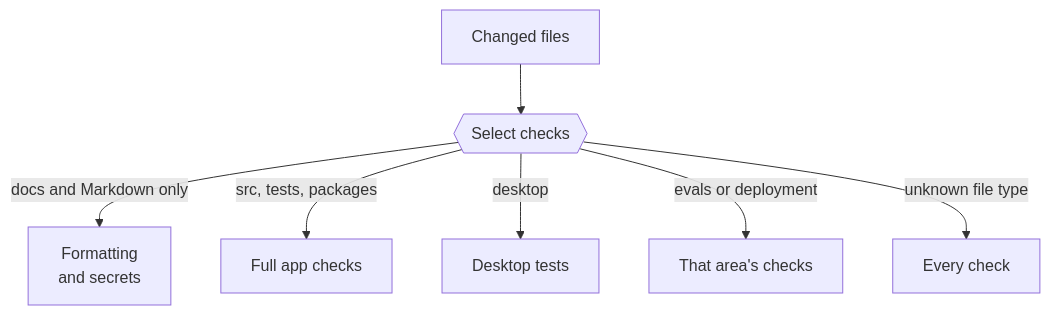
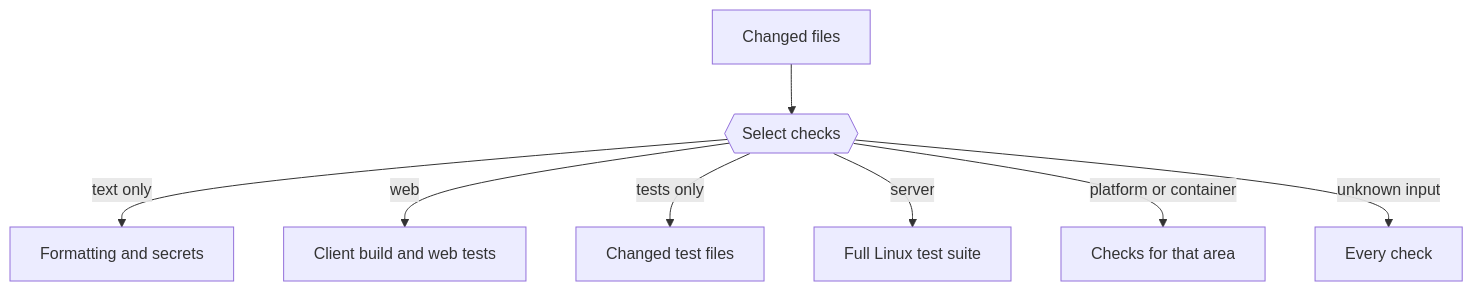
The second of 2 diagrams in docs/src/content/docs/contribute/checks-and-tests.md (KrishBhimani/nod), drawn with Mermaid before and after one commit. The commit also changed other lines of this file and 8 other files, not shown here.

````diff
--- a/docs/src/content/docs/contribute/checks-and-tests.md
+++ b/docs/src/content/docs/contribute/checks-and-tests.md
@@ -170,9 +174,10 @@
 ```mermaid
 flowchart TD
   files[Changed files] --> scope{{Select checks}}:::accent
-  scope -- docs and Markdown only --> light[Formatting<br/>and secrets]:::muted
-  scope -- src, tests, packages --> core[Full app checks]:::go
-  scope -- desktop --> desk[Desktop tests]
-  scope -- evals or deployment --> area[That area's checks]
-  scope -- unknown file type --> all[Every check]:::go
+  scope -- text only --> light[Formatting and secrets]:::muted
+  scope -- web --> web[Client build and web tests]:::go
+  scope -- tests only --> tests[Changed test files]
+  scope -- server --> core[Full Linux test suite]:::go
+  scope -- platform or container --> area[Checks for that area]
+  scope -- unknown input --> all[Every check]:::go
 ```
````
